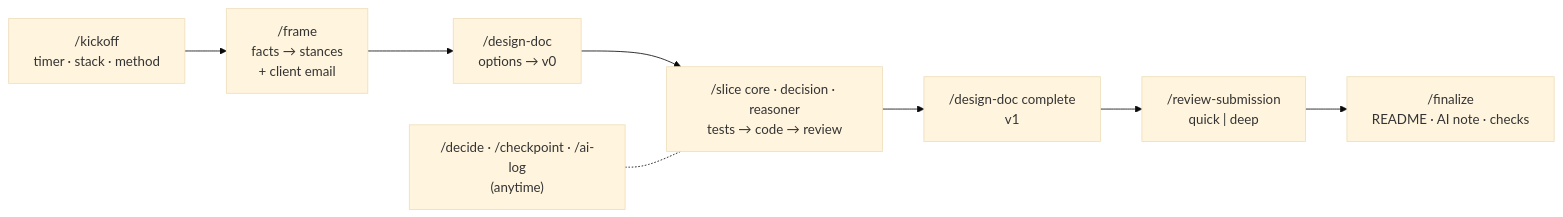
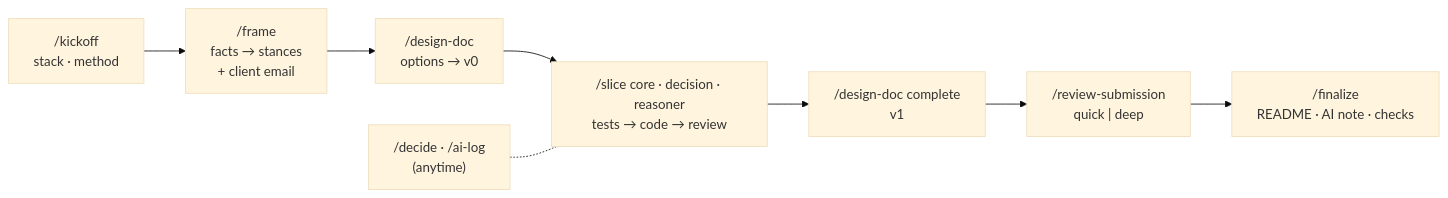
Before and after one commit to maciejGolebio/Rebooking-Copilot: the diagram in docs/AI_SETUP.md, drawn with Mermaid (base theme). The commit also changed other lines of this file and 18 other files, not shown here.

````diff
--- a/docs/AI_SETUP.md
+++ b/docs/AI_SETUP.md
@@ -24,10 +24,10 @@
 ```mermaid
 flowchart LR
-  K["/kickoff<br/>timer · stack · method"] --> F["/frame<br/>facts → stances<br/>+ client email"]
+  K["/kickoff<br/>stack · method"] --> F["/frame<br/>facts → stances<br/>+ client email"]
   F --> D0["/design-doc<br/>options → v0"]
   D0 --> S["/slice core · decision · reasoner<br/>tests → code → review"]
   S --> D1["/design-doc complete<br/>v1"]
   D1 --> R["/review-submission<br/>quick | deep"]
   R --> Z["/finalize<br/>README · AI note · checks"]
-  X["/decide · /checkpoint · /ai-log<br/>(anytime)"] -.- S
+  X["/decide · /ai-log<br/>(anytime)"] -.- S
 ```
````
